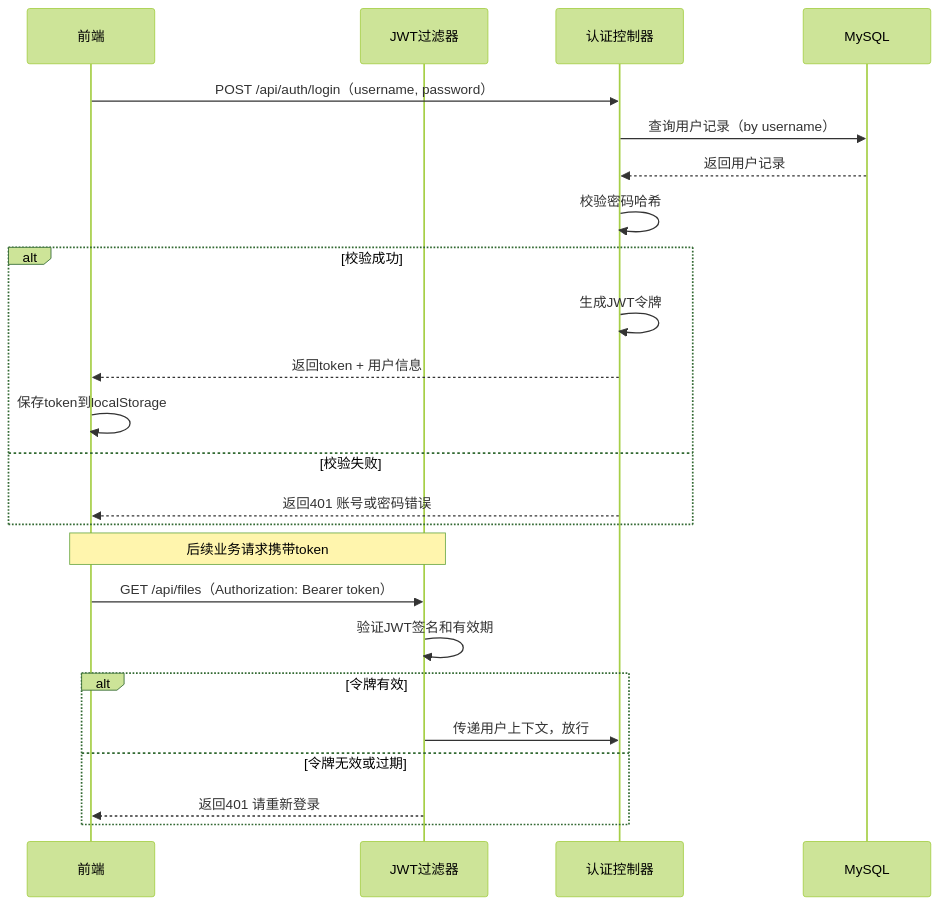
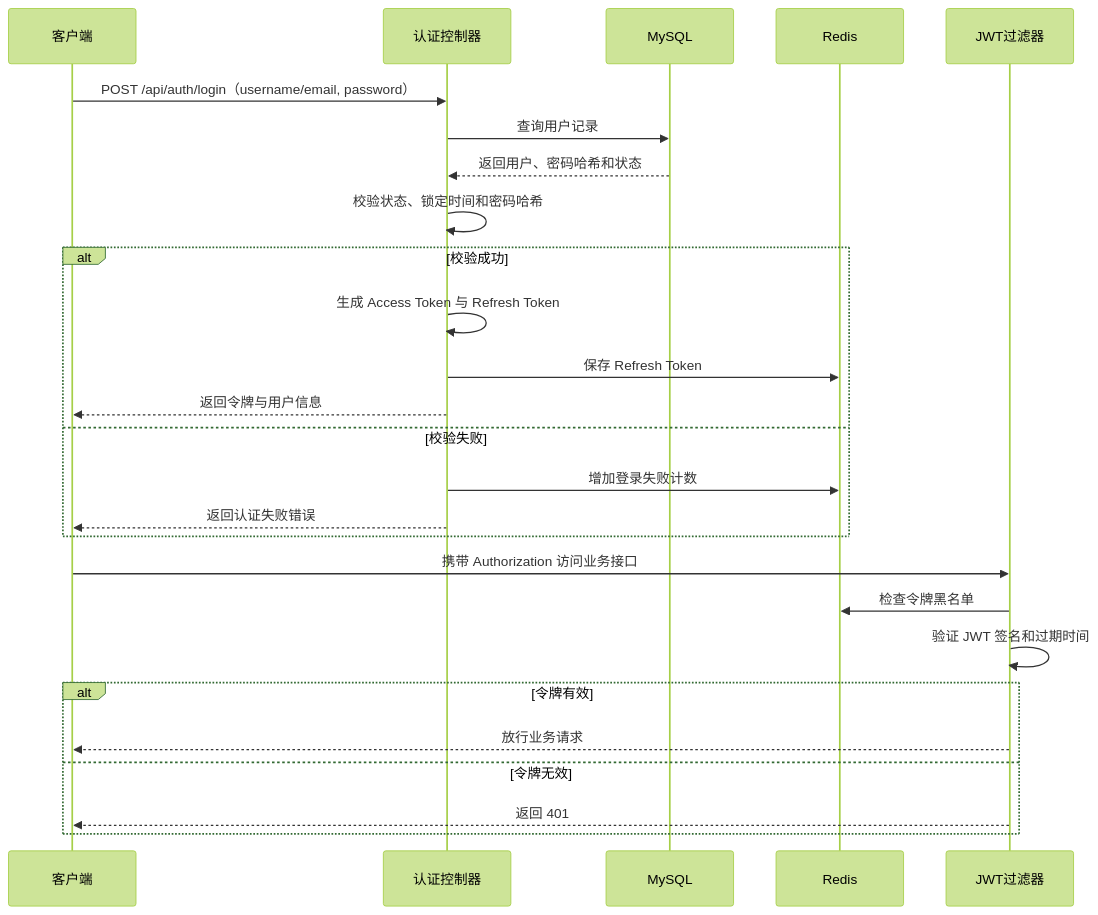
Before and after one commit to yizhinailong/disk: the eighth of 11 diagrams in docs/lunwen/基于Drogon的网络磁盘系统的设计与实现_毕业论文.md, drawn with Mermaid (forest theme). The commit also changed other lines of this file, not shown here.

````diff
--- a/docs/lunwen/基于Drogon的网络磁盘系统的设计与实现_毕业论文.md
+++ b/docs/lunwen/基于Drogon的网络磁盘系统的设计与实现_毕业论文.md
@@ -585,28 +801,30 @@
 ```mermaid
 sequenceDiagram
-    participant FE as 前端
-    participant Filter as JWT过滤器
+    participant Client as 客户端
     participant Auth as 认证控制器
     participant DB as MySQL
+    participant Redis as Redis
+    participant Filter as JWT过滤器
 
-    FE->>Auth: POST /api/auth/login（username, password）
-    Auth->>DB: 查询用户记录（by username）
-    DB-->>Auth: 返回用户记录
-    Auth->>Auth: 校验密码哈希
+    Client->>Auth: POST /api/auth/login（username/email, password）
+    Auth->>DB: 查询用户记录
+    DB-->>Auth: 返回用户、密码哈希和状态
+    Auth->>Auth: 校验状态、锁定时间和密码哈希
     alt 校验成功
-        Auth->>Auth: 生成JWT令牌
-        Auth-->>FE: 返回token + 用户信息
-        FE->>FE: 保存token到localStorage
+        Auth->>Auth: 生成 Access Token 与 Refresh Token
+        Auth->>Redis: 保存 Refresh Token
+        Auth-->>Client: 返回令牌与用户信息
     else 校验失败
-        Auth-->>FE: 返回401 账号或密码错误
+        Auth->>Redis: 增加登录失败计数
+        Auth-->>Client: 返回认证失败错误
     end
 
-    Note over FE,Filter: 后续业务请求携带token
-    FE->>Filter: GET /api/files（Authorization: Bearer token）
-    Filter->>Filter: 验证JWT签名和有效期
+    Client->>Filter: 携带 Authorization 访问业务接口
+    Filter->>Redis: 检查令牌黑名单
+    Filter->>Filter: 验证 JWT 签名和过期时间
     alt 令牌有效
-        Filter->>Auth: 传递用户上下文，放行
-    else 令牌无效或过期
-        Filter-->>FE: 返回401 请重新登录
+        Filter-->>Client: 放行业务请求
+    else 令牌无效
+        Filter-->>Client: 返回 401
     end
 ```
````
